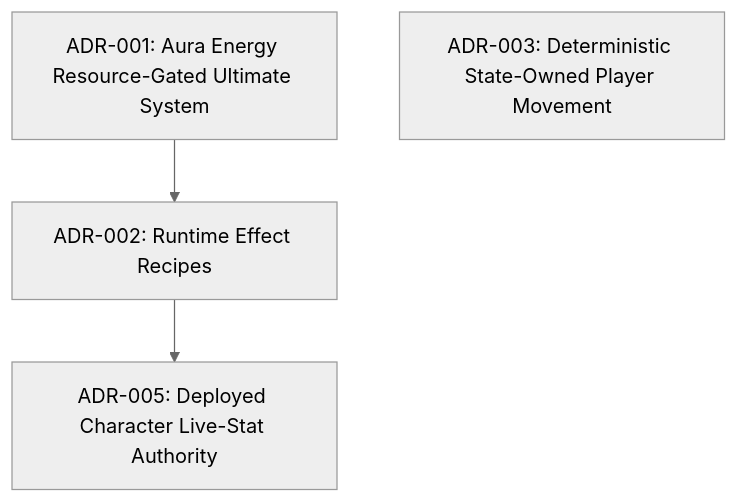
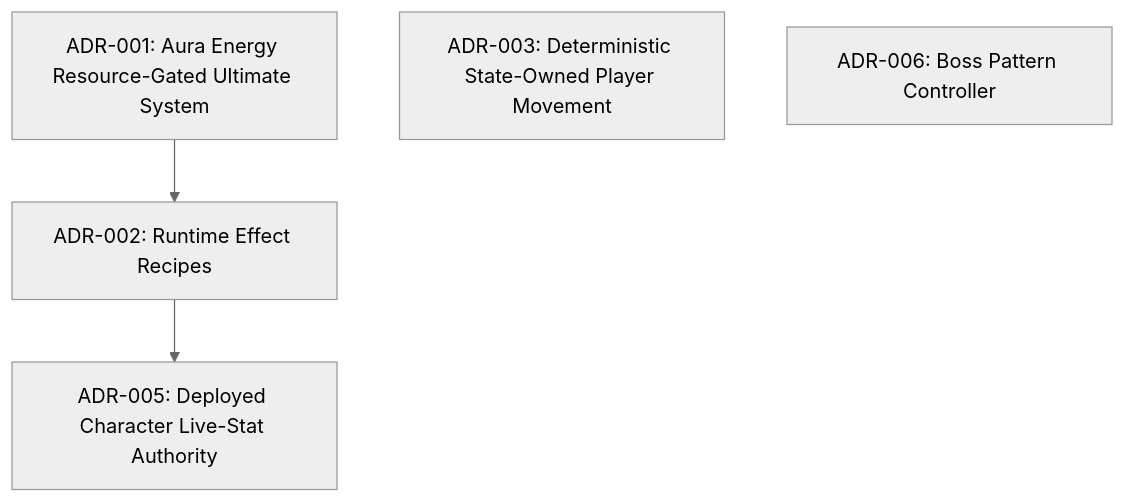
The diagram in Docs_JJK/3_Outputs/ADRs/README.md (NattaponKhuenkeaw/Thesis_), drawn with Mermaid (neutral theme) before and after one commit. The commit also changed other lines of this file and 82 other files, not shown here.

````diff
--- a/Docs_JJK/3_Outputs/ADRs/README.md
+++ b/Docs_JJK/3_Outputs/ADRs/README.md
@@ -7,9 +7,10 @@
 ```mermaid
 graph TD
     ADR001["ADR-001: Aura Energy Resource-Gated Ultimate System"]
     ADR002["ADR-002: Runtime Effect Recipes"]
     ADR003["ADR-003: Deterministic State-Owned Player Movement"]
     ADR005["ADR-005: Deployed Character Live-Stat Authority"]
+    ADR006["ADR-006: Boss Pattern Controller"]
     ADR001 --> ADR002
     ADR002 --> ADR005
 ```
````
